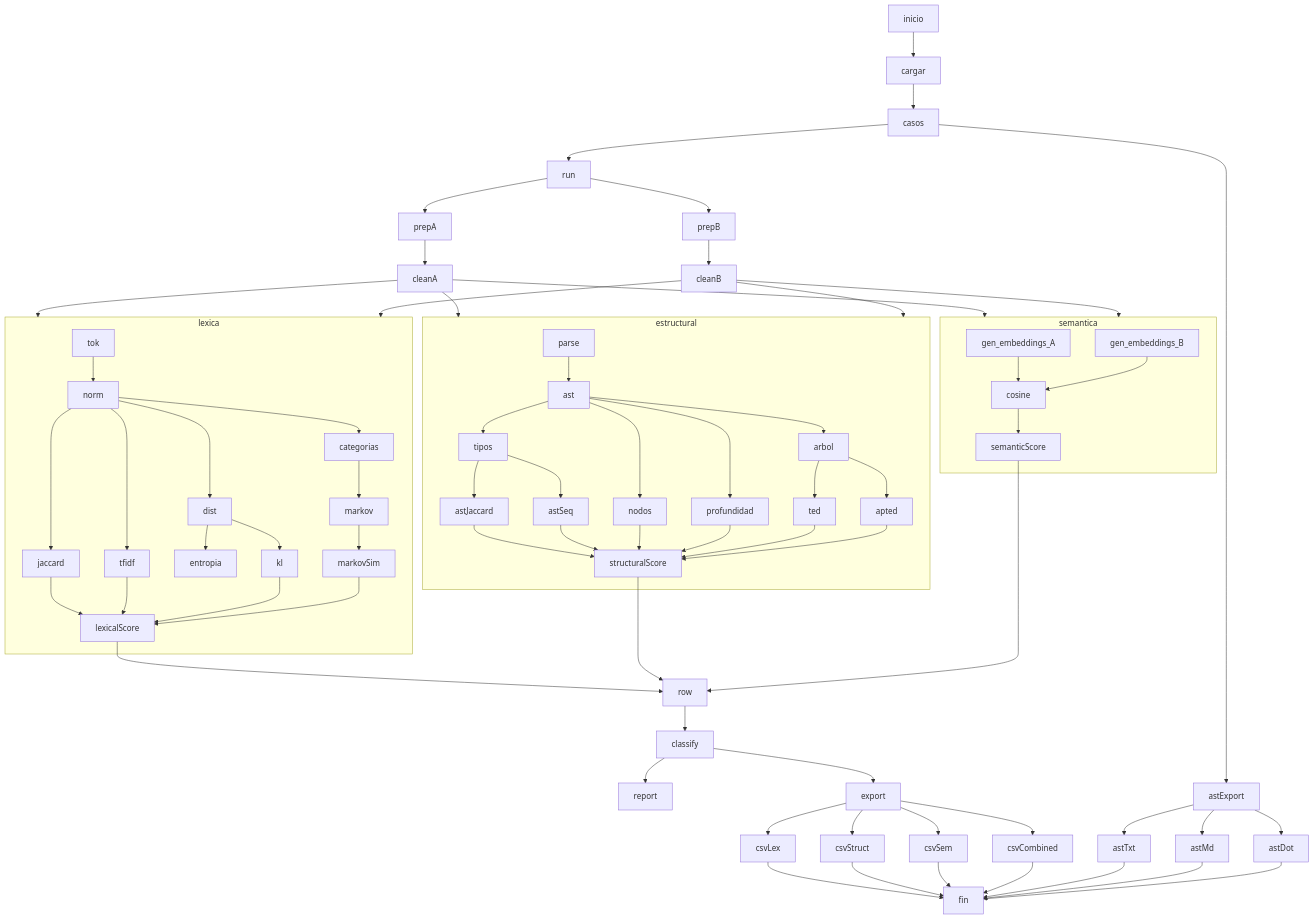
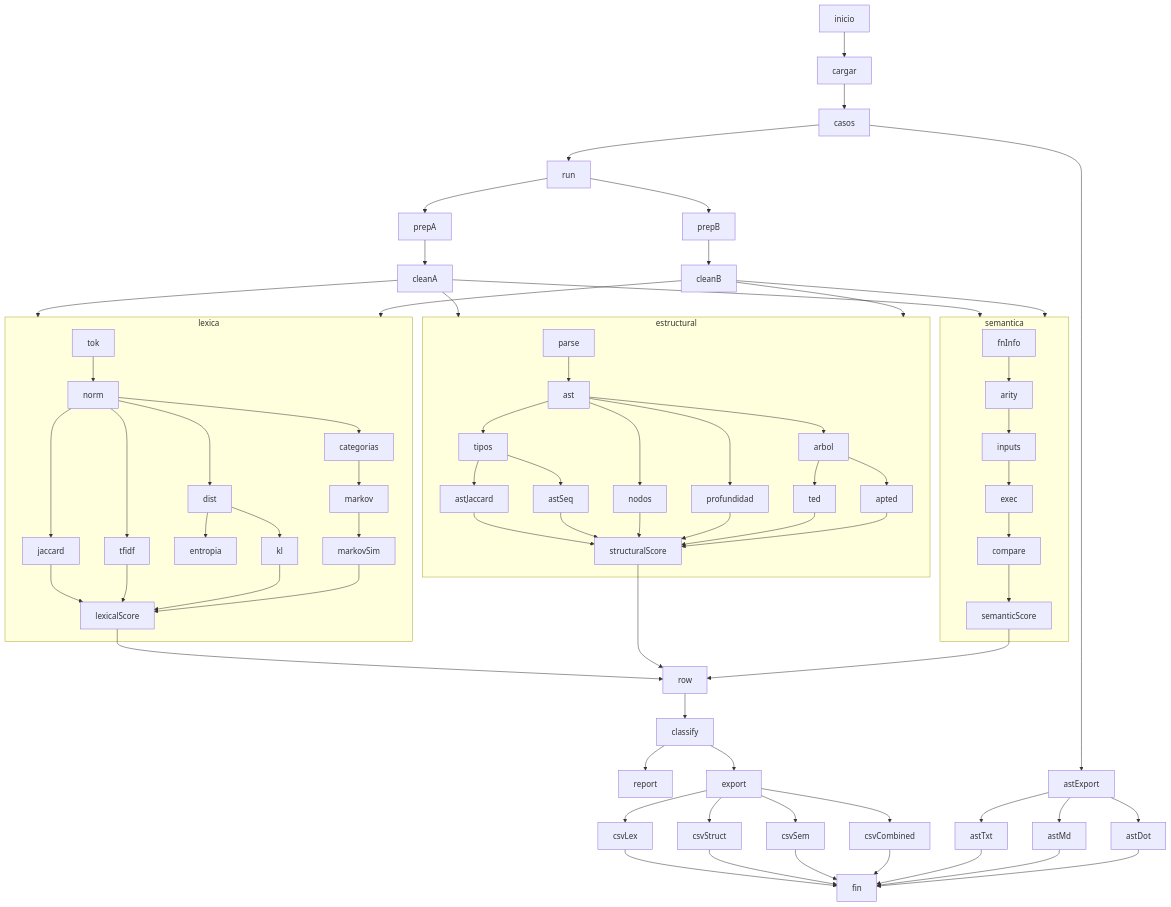
The diagram in README.md (TC023/plagarism-2), drawn with Mermaid before and after one commit. The commit also changed other lines of this file and 6 other files, not shown here.

```diff
--- a/README.md
+++ b/README.md
@@ -227,9 +207,11 @@
     end
 
     subgraph semantica
-        vecA[gen_embeddings_A] --> cosine
-        vecB[gen_embeddings_B] --> cosine
-        cosine --> semanticScore
+        fnInfo --> arity
+        arity --> inputs
+        inputs --> exec
+        exec --> compare
+        compare --> semanticScore
     end
 
     lexicalScore --> row
```
